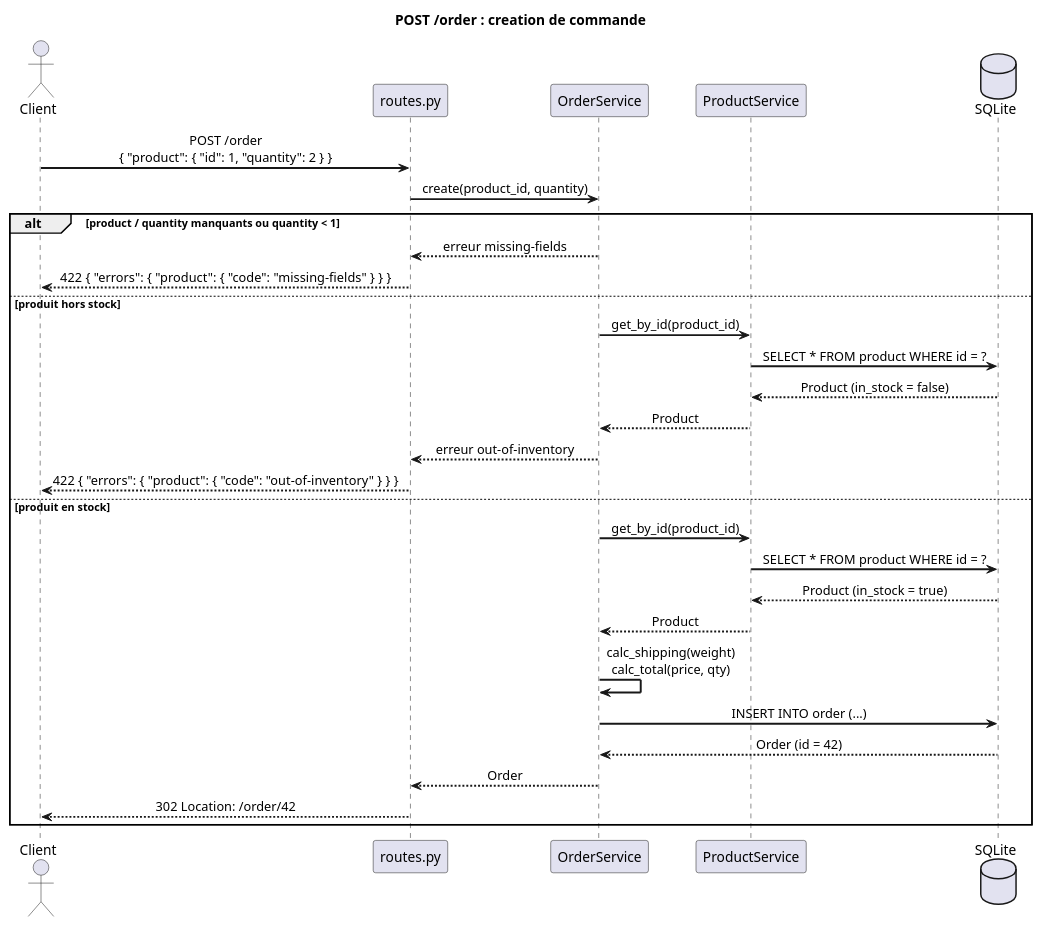
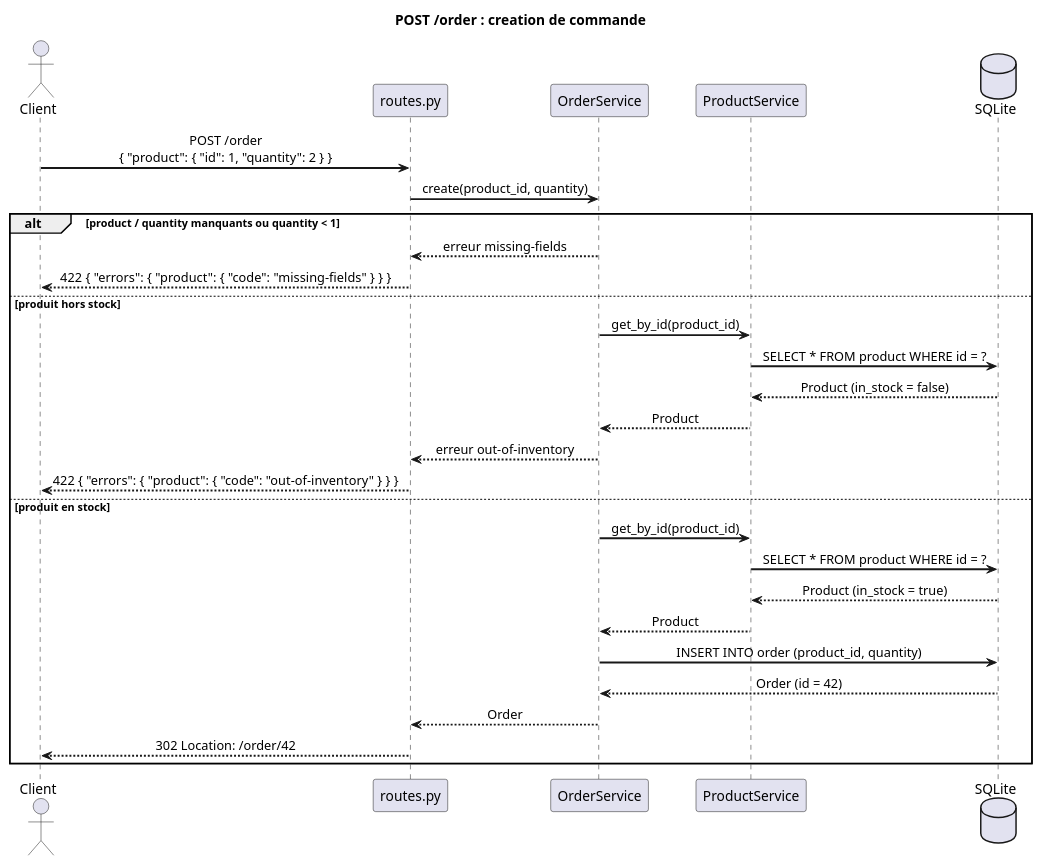
Before and after one commit to but-yohan-carvalho/application-web: the diagram in docs/seq_03_post_order.puml, drawn with PlantUML. The commit also changed 13 other files, not shown here.

Commit message:
diagrames

```diff
--- a/docs/seq_03_post_order.puml
+++ b/docs/seq_03_post_order.puml
@@ -1,42 +1,41 @@
 @startuml seq_03_post_order
 
 skinparam sequenceMessageAlign center
 skinparam responseMessageBelowArrow true
 skinparam sequenceArrowThickness 2
 
 title POST /order : creation de commande
 
 actor       Client
 participant "routes.py"      as Routes
 participant "OrderService"   as OS
 participant "ProductService" as PS
 database    "SQLite"         as DB
 
 Client -> Routes : POST /order\n{ "product": { "id": 1, "quantity": 2 } }
 Routes -> OS     : create(product_id, quantity)
 
 alt product / quantity manquants ou quantity < 1
     OS --> Routes     : erreur missing-fields
     Routes --> Client : 422 { "errors": { "product": { "code": "missing-fields" } } }
 
 else produit hors stock
     OS -> PS          : get_by_id(product_id)
     PS -> DB          : SELECT * FROM product WHERE id = ?
     DB --> PS         : Product (in_stock = false)
     PS --> OS         : Product
     OS --> Routes     : erreur out-of-inventory
     Routes --> Client : 422 { "errors": { "product": { "code": "out-of-inventory" } } }
 
 else produit en stock
     OS -> PS          : get_by_id(product_id)
     PS -> DB          : SELECT * FROM product WHERE id = ?
     DB --> PS         : Product (in_stock = true)
     PS --> OS         : Product
-    OS -> OS          : calc_shipping(weight)\ncalc_total(price, qty)
-    OS -> DB          : INSERT INTO order (...)
+    OS -> DB          : INSERT INTO order (product_id, quantity)
     DB --> OS         : Order (id = 42)
     OS --> Routes     : Order
     Routes --> Client : 302 Location: /order/42
 end
 
 @enduml
```
